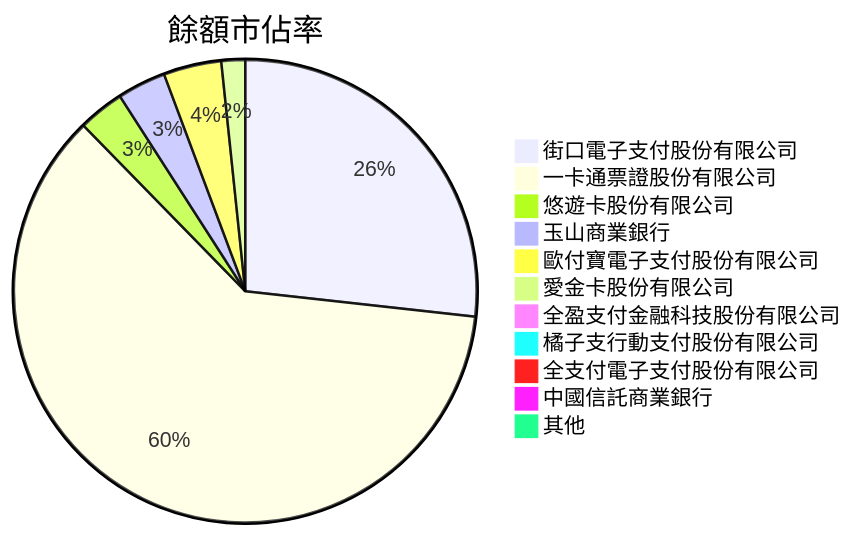
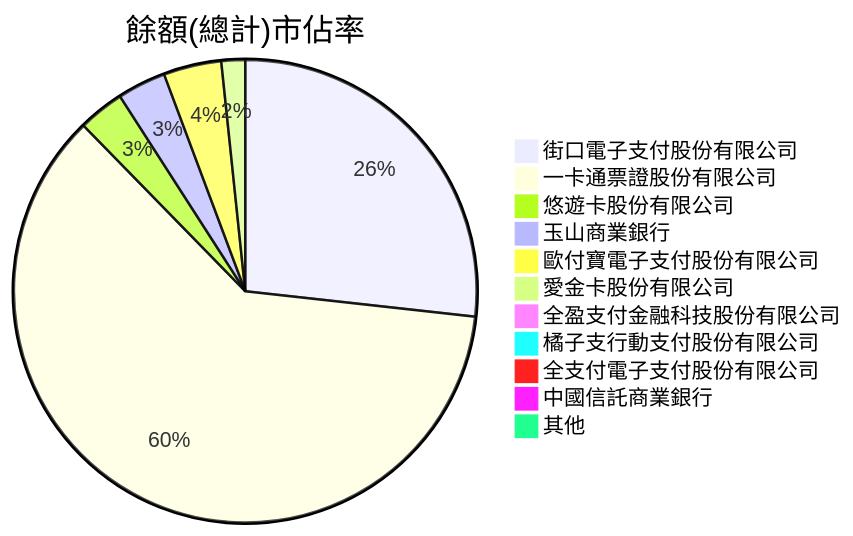
Before and after one commit to MichaelNien/ElectronicPaymentInstitutionsAnalyze: the fifth of 7 diagrams in report/11108.md, drawn with Mermaid. The commit also changed other lines of this file, not shown here.

````diff
--- a/report/11108.md
+++ b/report/11108.md
@@ -96,14 +96,14 @@
 ```mermaid
-pie title 餘額市佔率
+pie title 餘額(總計)市佔率
     "街口電子支付股份有限公司" : 2173964
     "一卡通票證股份有限公司" : 4951756
     "悠遊卡股份有限公司" : 261044
     "玉山商業銀行" : 275828
     "歐付寶電子支付股份有限公司" : 328404
     "愛金卡股份有限公司" : 134694
     "全盈支付金融科技股份有限公司" : 55784
     "橘子支行動支付股份有限公司" : 62855
     "全支付電子支付股份有限公司" : 21935
     "中國信託商業銀行" : 31638
     "其他" : 14250
 ```
````
